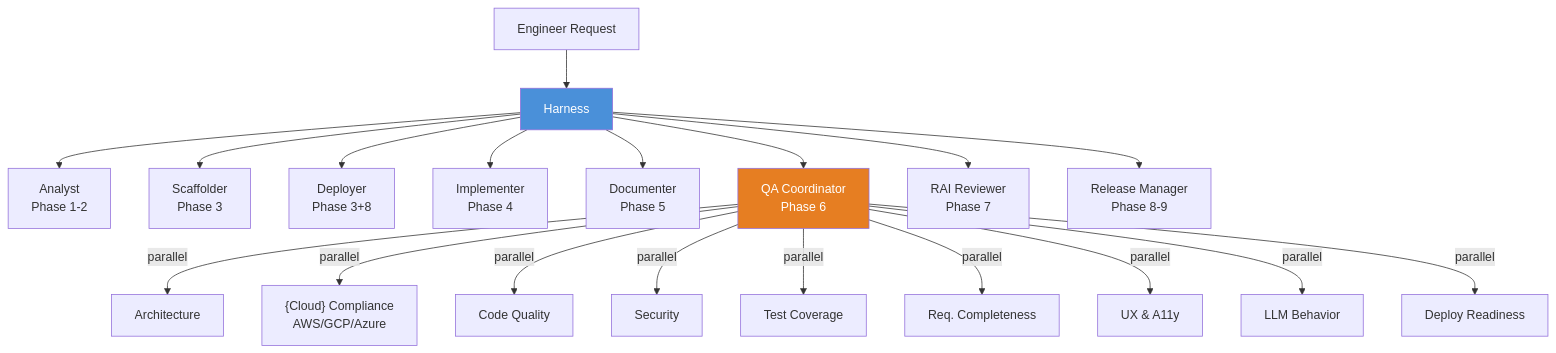
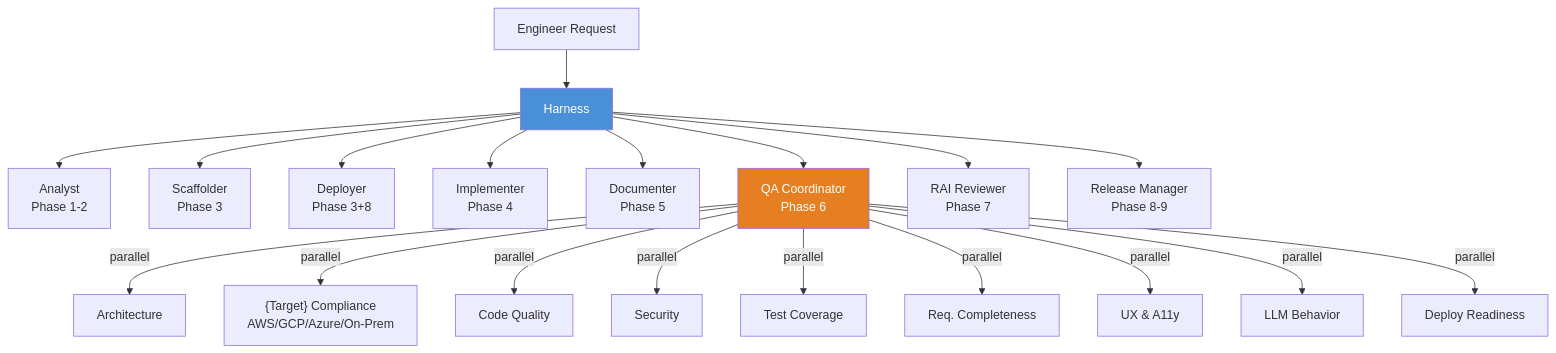
One commit to Dongbumlee/sdlc-harness changed the first of 2 diagrams in README.md. Above: the diagram before and after it, drawn with Mermaid. The commit also changed other lines of this file, not shown here.

````diff
--- a/README.md
+++ b/README.md
@@ -128,26 +125,26 @@
 ```mermaid
 flowchart TD
     Request["Engineer Request"] --> H["Harness"]
 
     H --> A["Analyst<br/>Phase 1-2"]
     H --> S["Scaffolder<br/>Phase 3"]
     H --> Dep["Deployer<br/>Phase 3+8"]
     H --> I["Implementer<br/>Phase 4"]
     H --> Doc["Documenter<br/>Phase 5"]
     H --> QA["QA Coordinator<br/>Phase 6"]
     H --> RAI["RAI Reviewer<br/>Phase 7"]
     H --> R["Release Manager<br/>Phase 8-9"]
 
     QA -->|parallel| R1["Architecture"]
-    QA -->|parallel| R2["{Cloud} Compliance<br/>AWS/GCP/Azure"]
+    QA -->|parallel| R2["{Target} Compliance<br/>AWS/GCP/Azure/On-Prem"]
     QA -->|parallel| R3["Code Quality"]
     QA -->|parallel| R4["Security"]
     QA -->|parallel| R5["Test Coverage"]
     QA -->|parallel| R6["Req. Completeness"]
     QA -->|parallel| R7["UX & A11y"]
     QA -->|parallel| R8["LLM Behavior"]
     QA -->|parallel| R9["Deploy Readiness"]
 
     style H fill:#4A90D9,color:#fff
     style QA fill:#E67E22,color:#fff
 ```
````
